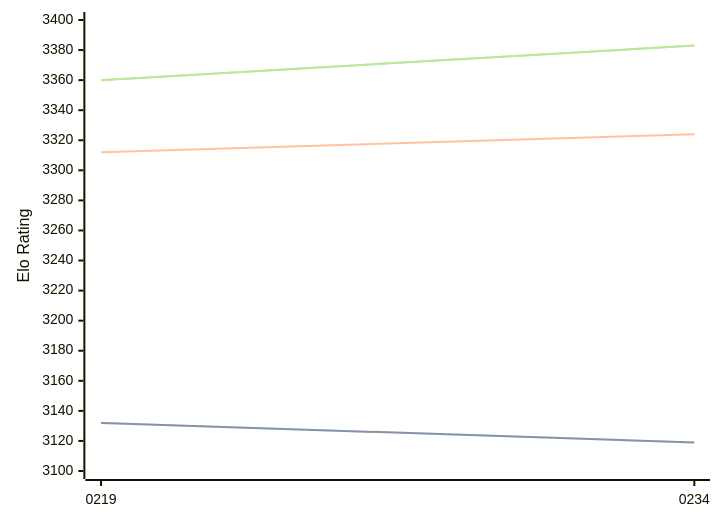
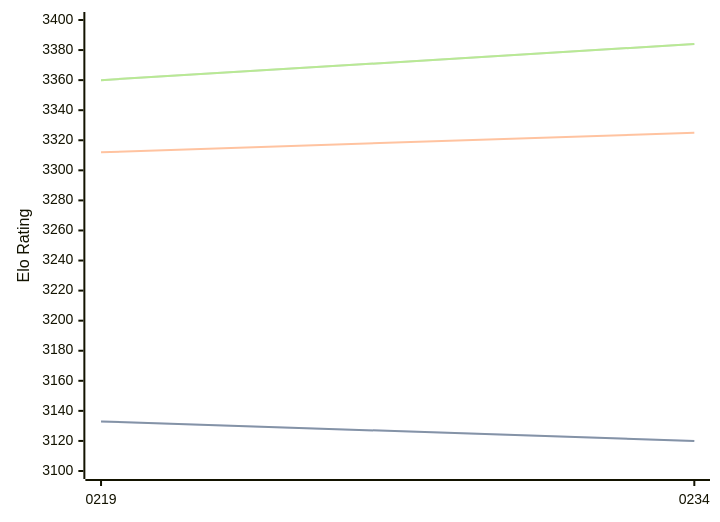
One commit to computer-chess-index/cci changed the first of 3 diagrams in engines/Ynode.md. Above: the diagram before and after it, drawn with Mermaid. The commit also changed other lines of this file, not shown here.

Commit message:
Update CCI Ratings (ELO VLTC) - 2026-07-14

````diff
--- a/engines/Ynode.md
+++ b/engines/Ynode.md
@@ -39,11 +39,11 @@
 ```mermaid
 %%{init: {"theme":"base","themeVariables":{"seriesColors:['#a3a3a3','#222221','#faa371']}}}%%
 xychart-beta
   x-axis ["0219", "0234"]
   y-axis "Elo Rating" 3100 --> 3400
-  line "STC (8.0+0.08s)" [3132, 3119]
-  line "STC (8.0+0.08s)" [3132, 3119]
-  line "LTC (60.0+0.60s)" [3312, 3324]
-  line "VLTC (2m24s+1.12s)" [3360, 3383]
-  line "VLTC (2m24s+1.12s)" [3360, 3383]
+  line "STC (8.0+0.08s)" [3133, 3120]
+  line "STC (8.0+0.08s)" [3133, 3120]
+  line "LTC (60.0+0.60s)" [3312, 3325]
+  line "VLTC (2m24s+1.12s)" [3360, 3384]
+  line "VLTC (2m24s+1.12s)" [3360, 3384]
 ```
````
